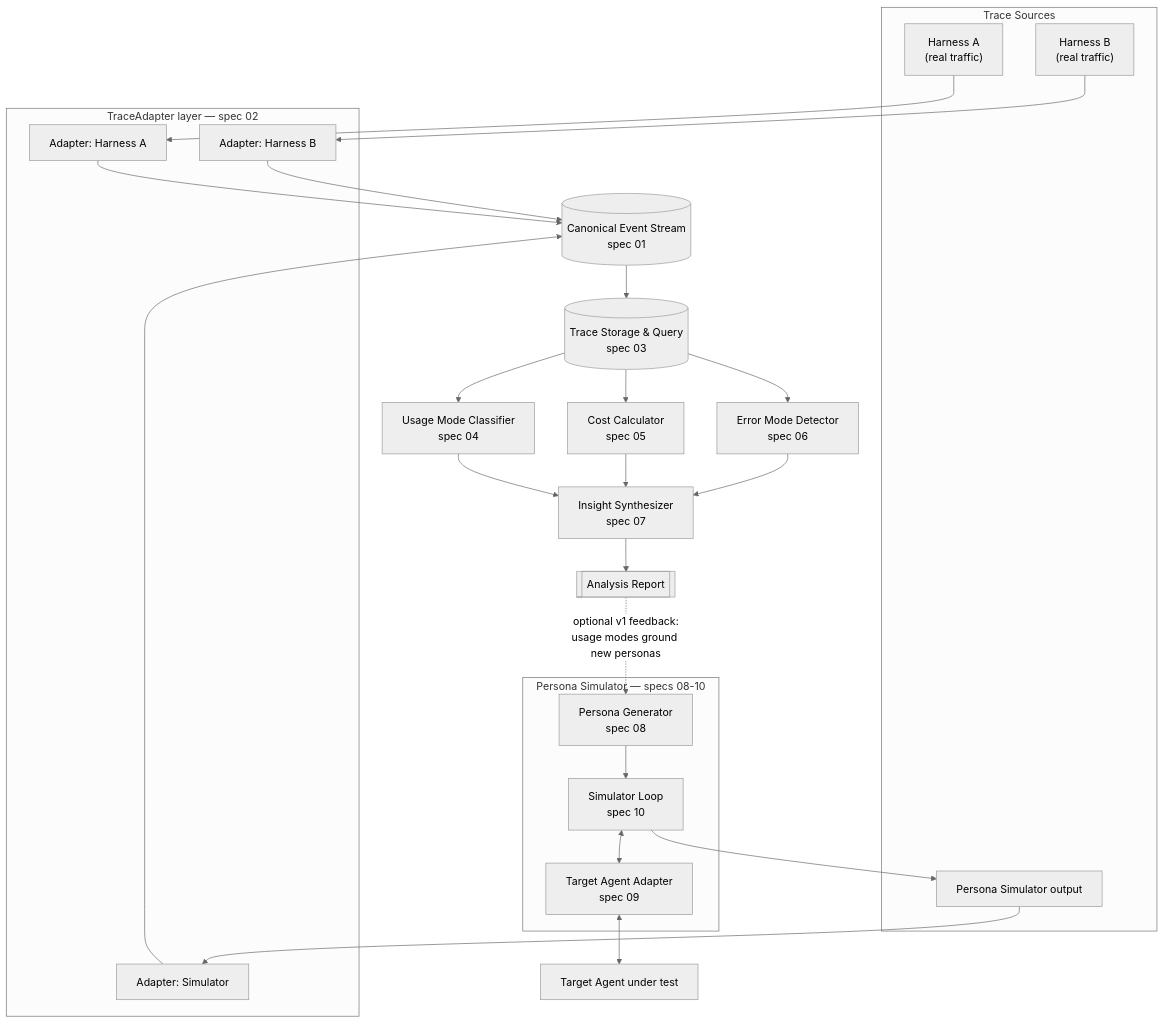
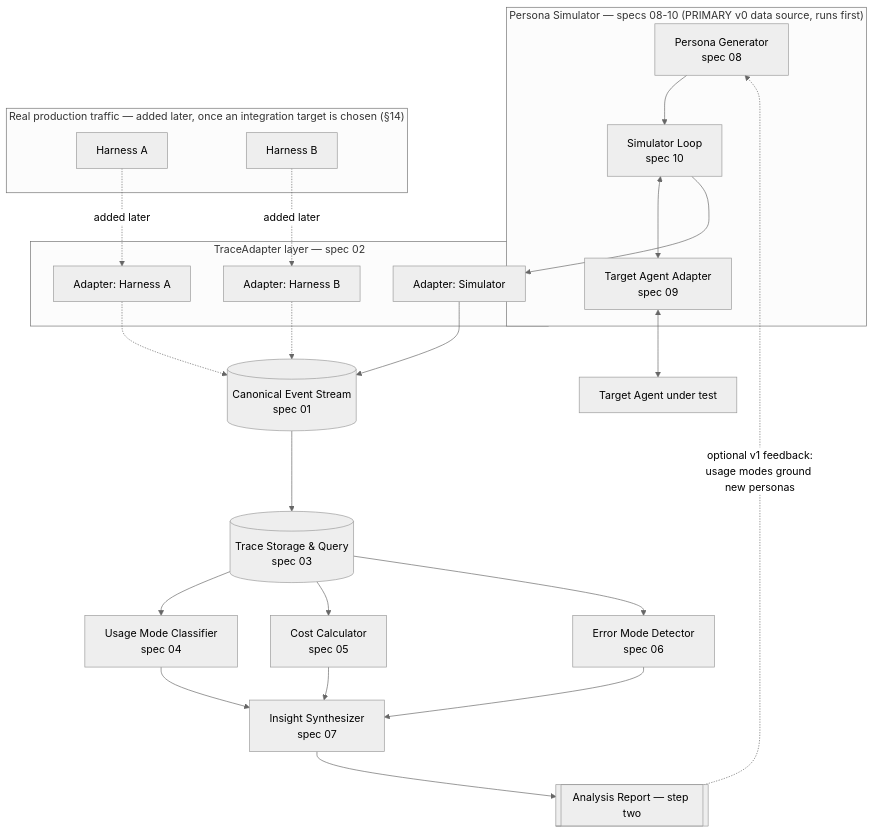
One commit to NMOHANK1999/Chaos_Testing_and_Agent_Improvement changed the diagram in SYSTEM_DESIGN.md. Above: the diagram before and after it, drawn with Mermaid (neutral theme). The commit also changed other lines of this file and 5 other files, not shown here.

````diff
--- a/SYSTEM_DESIGN.md
+++ b/SYSTEM_DESIGN.md
@@ -22,47 +24,45 @@
 ```mermaid
 flowchart TB
-    subgraph Sources["Trace Sources"]
-        H1["Harness A\n(real traffic)"]
-        H2["Harness B\n(real traffic)"]
-        SIMOUT["Persona Simulator output"]
+    subgraph Simulator["Persona Simulator — specs 08-10 (PRIMARY v0 data source, runs first)"]
+        PG["Persona Generator\nspec 08"]
+        LOOP["Simulator Loop\nspec 10"]
+        AA["Target Agent Adapter\nspec 09"]
+    end
+
+    PG --> LOOP
+    LOOP <--> AA
+    AA <--> TARGET["Target Agent under test"]
+
+    subgraph RealSources["Real production traffic — added later, once an integration target is chosen (§14)"]
+        H1["Harness A"]
+        H2["Harness B"]
     end
 
     subgraph Adapters["TraceAdapter layer — spec 02"]
+        A3["Adapter: Simulator"]
         A1["Adapter: Harness A"]
         A2["Adapter: Harness B"]
-        A3["Adapter: Simulator"]
     end
 
-    H1 --> A1
-    H2 --> A2
-    SIMOUT --> A3
+    LOOP --> A3
+    H1 -.->|"added later"| A1
+    H2 -.->|"added later"| A2
 
-    A1 --> EV[("Canonical Event Stream\nspec 01")]
-    A2 --> EV
-    A3 --> EV
+    A3 --> EV[("Canonical Event Stream\nspec 01")]
+    A1 -.-> EV
+    A2 -.-> EV
 
     EV --> ST[("Trace Storage & Query\nspec 03")]
 
     ST --> UM["Usage Mode Classifier\nspec 04"]
     ST --> CC["Cost Calculator\nspec 05"]
     ST --> EM["Error Mode Detector\nspec 06"]
 
     UM --> IS["Insight Synthesizer\nspec 07"]
     CC --> IS
     EM --> IS
 
-    IS --> RPT[["Analysis Report"]]
-
-    subgraph Simulator["Persona Simulator — specs 08-10"]
-        PG["Persona Generator\nspec 08"]
-        LOOP["Simulator Loop\nspec 10"]
-        AA["Target Agent Adapter\nspec 09"]
-    end
-
-    PG --> LOOP
-    LOOP <--> AA
-    AA <--> TARGET["Target Agent under test"]
-    LOOP --> SIMOUT
+    IS --> RPT[["Analysis Report — step two"]]
 
     RPT -.->|"optional v1 feedback:\nusage modes ground new personas"| PG
 ```
````
